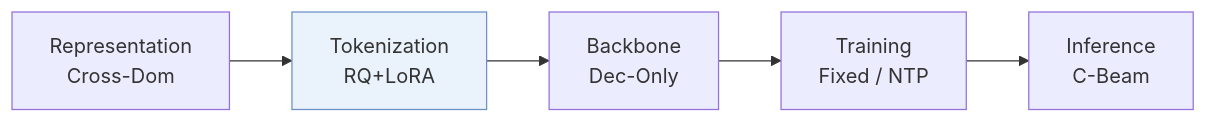
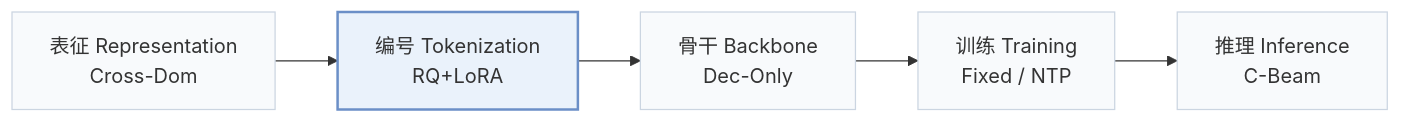
One commit to Galaxy-ghost/Awesome-SID-Generative-Rec changed the first of 3 diagrams in pages/zh/papers/gencdr.md. Above: the diagram before and after it, drawn with Mermaid. The commit also changed other lines of this file and 649 other files, not shown here.

Commit message:
writer-05: also tags and modality index (schema, check, build, visuals); summary field removed; calibration data for 12 papers

````diff
--- a/pages/zh/papers/gencdr.md
+++ b/pages/zh/papers/gencdr.md
@@ -13,6 +15,8 @@
 ```mermaid
 flowchart LR
-    R["Representation<br/>Cross-Dom"] --> T["Tokenization<br/>RQ+LoRA"] --> B["Backbone<br/>Dec-Only"] --> TR["Training<br/>Fixed / NTP"] --> I["Inference<br/>C-Beam"]
-    classDef main fill:#eaf2fb,stroke:#6b8fc7
+    R["表征 Representation<br/>Cross-Dom"] --> T["编号 Tokenization<br/>RQ+LoRA"] --> B["骨干 Backbone<br/>Dec-Only"] --> TR["训练 Training<br/>Fixed / NTP"] --> I["推理 Inference<br/>C-Beam"]
+    classDef base fill:#f8fafc,stroke:#cbd5e1
+    class R,T,B,TR,I base
+    classDef main fill:#eaf2fb,stroke:#6b8fc7,stroke-width:2px
     class T main
 ```
````
